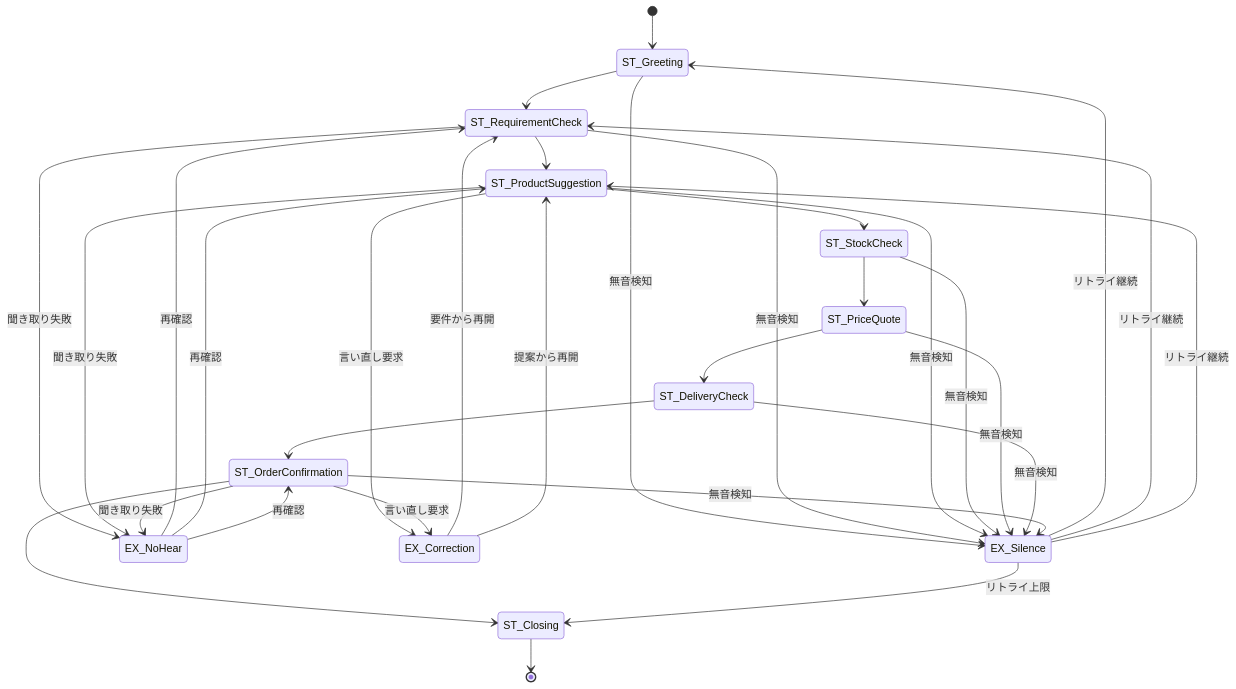
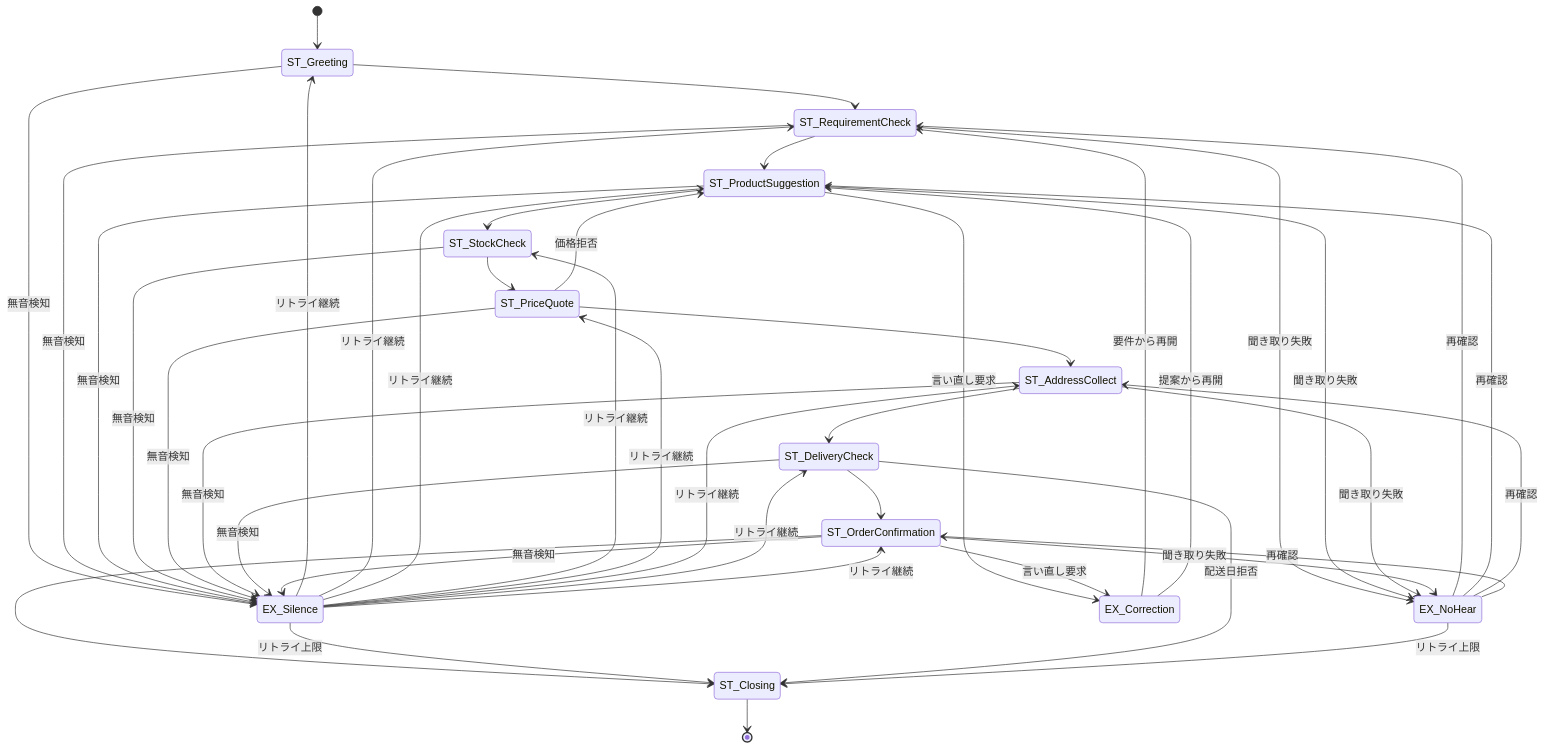
Before and after one commit to k-naruse3209/requirements_VLF: the diagram in docs/ConversationSpec.md, drawn with Mermaid. The commit also changed other lines of this file and 1 other file, not shown here.

````diff
--- a/docs/ConversationSpec.md
+++ b/docs/ConversationSpec.md
@@ -7,40 +7,53 @@
 ```mermaid
 stateDiagram-v2
     [*] --> ST_Greeting
     ST_Greeting --> ST_RequirementCheck
     ST_RequirementCheck --> ST_ProductSuggestion
     ST_ProductSuggestion --> ST_StockCheck
     ST_StockCheck --> ST_PriceQuote
-    ST_PriceQuote --> ST_DeliveryCheck
+    ST_PriceQuote --> ST_AddressCollect
+    ST_AddressCollect --> ST_DeliveryCheck
     ST_DeliveryCheck --> ST_OrderConfirmation
     ST_OrderConfirmation --> ST_Closing
     ST_Closing --> [*]
 
     %% 例外処理
     ST_Greeting --> EX_Silence: 無音検知
     ST_RequirementCheck --> EX_Silence: 無音検知
     ST_ProductSuggestion --> EX_Silence: 無音検知
     ST_StockCheck --> EX_Silence: 無音検知
     ST_PriceQuote --> EX_Silence: 無音検知
+    ST_AddressCollect --> EX_Silence: 無音検知
     ST_DeliveryCheck --> EX_Silence: 無音検知
     ST_OrderConfirmation --> EX_Silence: 無音検知
 
     ST_RequirementCheck --> EX_NoHear: 聞き取り失敗
     ST_ProductSuggestion --> EX_NoHear: 聞き取り失敗
+    ST_AddressCollect --> EX_NoHear: 聞き取り失敗
     ST_OrderConfirmation --> EX_NoHear: 聞き取り失敗
 
     ST_ProductSuggestion --> EX_Correction: 言い直し要求
     ST_OrderConfirmation --> EX_Correction: 言い直し要求
 
     EX_Silence --> ST_Closing: リトライ上限
     EX_Silence --> ST_Greeting: リトライ継続
     EX_Silence --> ST_RequirementCheck: リトライ継続
     EX_Silence --> ST_ProductSuggestion: リトライ継続
+    EX_Silence --> ST_StockCheck: リトライ継続
+    EX_Silence --> ST_PriceQuote: リトライ継続
+    EX_Silence --> ST_AddressCollect: リトライ継続
+    EX_Silence --> ST_DeliveryCheck: リトライ継続
+    EX_Silence --> ST_OrderConfirmation: リトライ継続
 
     EX_NoHear --> ST_RequirementCheck: 再確認
     EX_NoHear --> ST_ProductSuggestion: 再確認
+    EX_NoHear --> ST_AddressCollect: 再確認
     EX_NoHear --> ST_OrderConfirmation: 再確認
+
+    ST_PriceQuote --> ST_ProductSuggestion: 価格拒否
+    ST_DeliveryCheck --> ST_Closing: 配送日拒否
+    EX_NoHear --> ST_Closing: リトライ上限
 
     EX_Correction --> ST_RequirementCheck: 要件から再開
     EX_Correction --> ST_ProductSuggestion: 提案から再開
 ```
````
